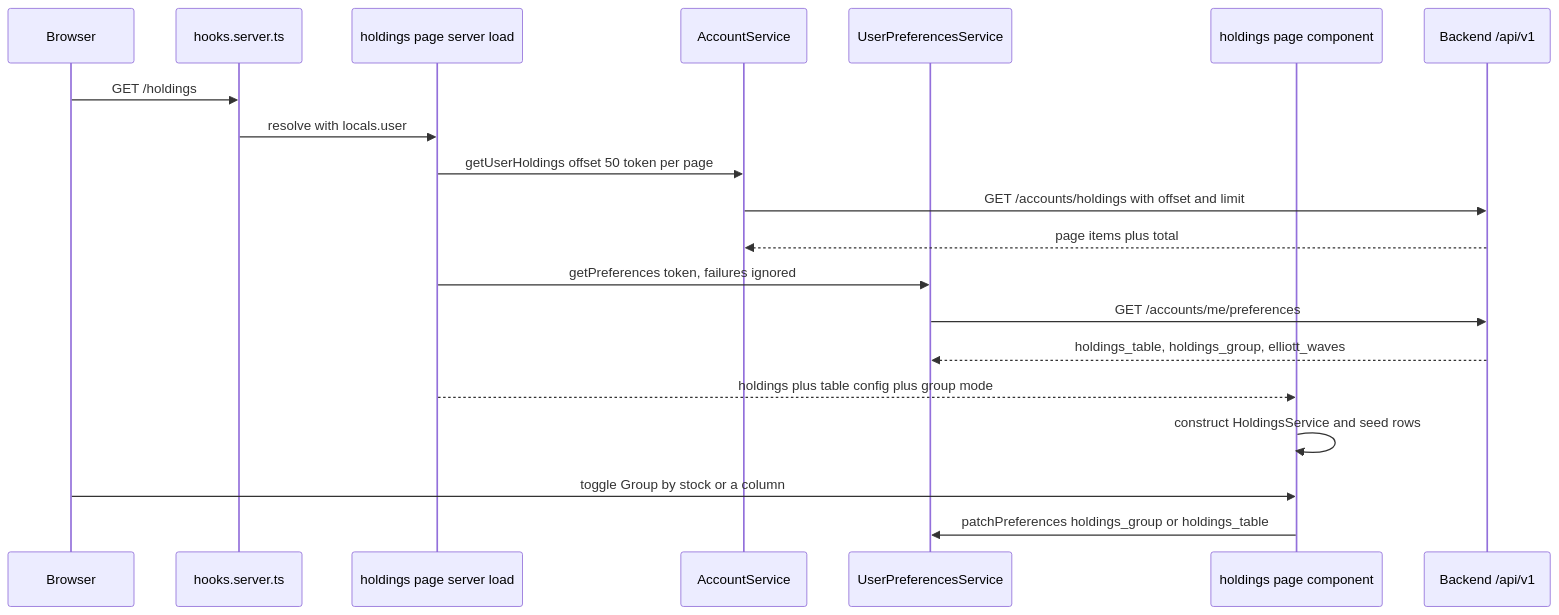
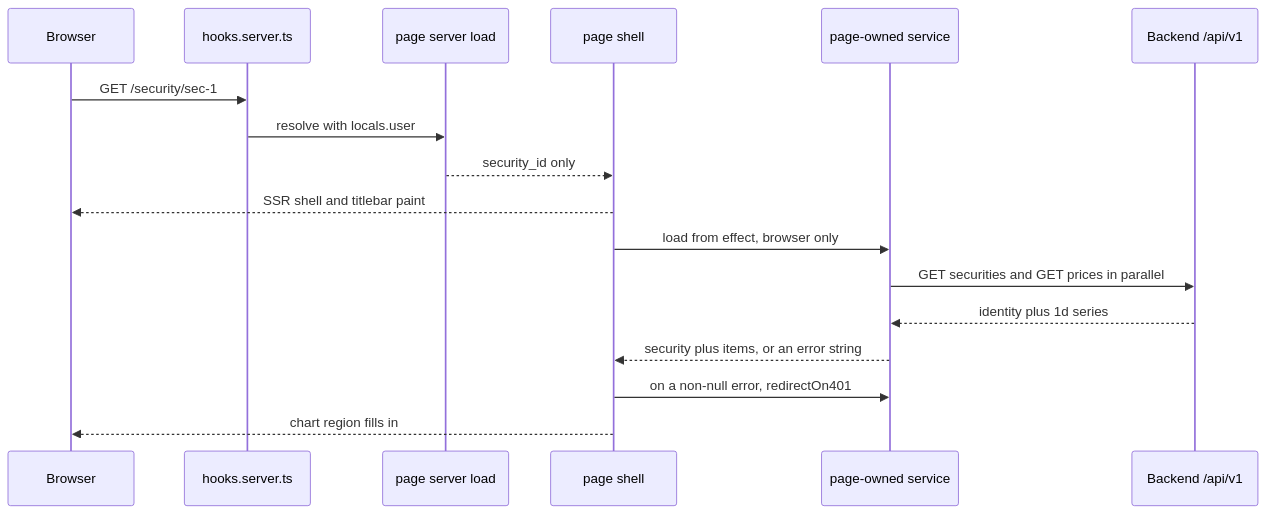
Before and after one commit to havekes/retail-portfolio: the first of 3 diagrams in openwiki/architecture/frontend.md, drawn with Mermaid. The commit also changed other lines of this file and 28 other files, not shown here.

````diff
--- a/openwiki/architecture/frontend.md
+++ b/openwiki/architecture/frontend.md
@@ -186,23 +219,20 @@
 ```mermaid
 sequenceDiagram
     participant Browser
     participant Hook as hooks.server.ts
-    participant Load as holdings page server load
-    participant Svc as AccountService
-    participant Prefs as UserPreferencesService
-    participant Page as holdings page component
+    participant Load as page server load
+    participant Shell as page shell
+    participant Svc as page-owned service
     participant API as Backend /api/v1
 
-    Browser->>Hook: GET /holdings
+    Browser->>Hook: GET /security/sec-1
     Hook->>Load: resolve with locals.user
-    Load->>Svc: getUserHoldings offset 50 token per page
-    Svc->>API: GET /accounts/holdings with offset and limit
-    API-->>Svc: page items plus total
-    Load->>Prefs: getPreferences token, failures ignored
-    Prefs->>API: GET /accounts/me/preferences
-    API-->>Prefs: holdings_table, holdings_group, elliott_waves
-    Load-->>Page: holdings plus table config plus group mode
-    Page->>Page: construct HoldingsService and seed rows
-    Browser->>Page: toggle Group by stock or a column
-    Page->>Prefs: patchPreferences holdings_group or holdings_table
+    Load-->>Shell: security_id only
+    Shell-->>Browser: SSR shell and titlebar paint
+    Shell->>Svc: load from effect, browser only
+    Svc->>API: GET securities and GET prices in parallel
+    API-->>Svc: identity plus 1d series
+    Svc-->>Shell: security plus items, or an error string
+    Shell->>Svc: on a non-null error, redirectOn401
+    Shell-->>Browser: chart region fills in
 ```
````
